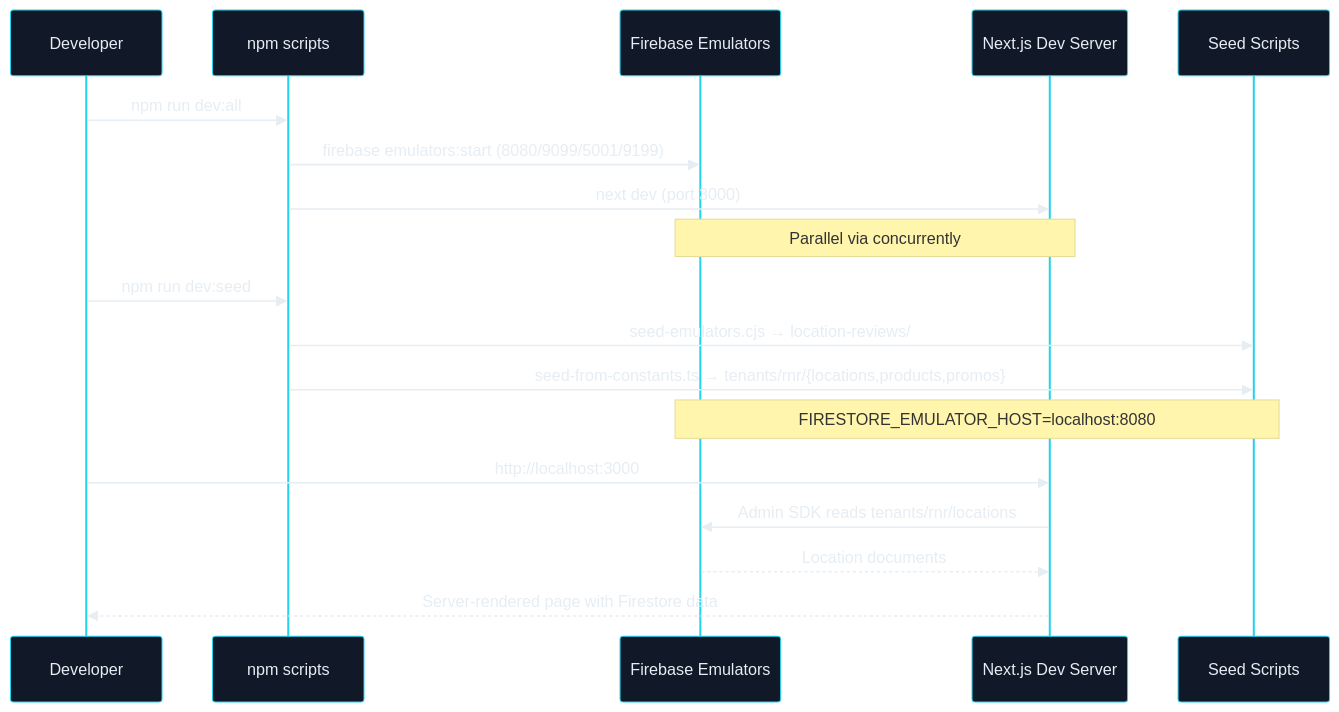
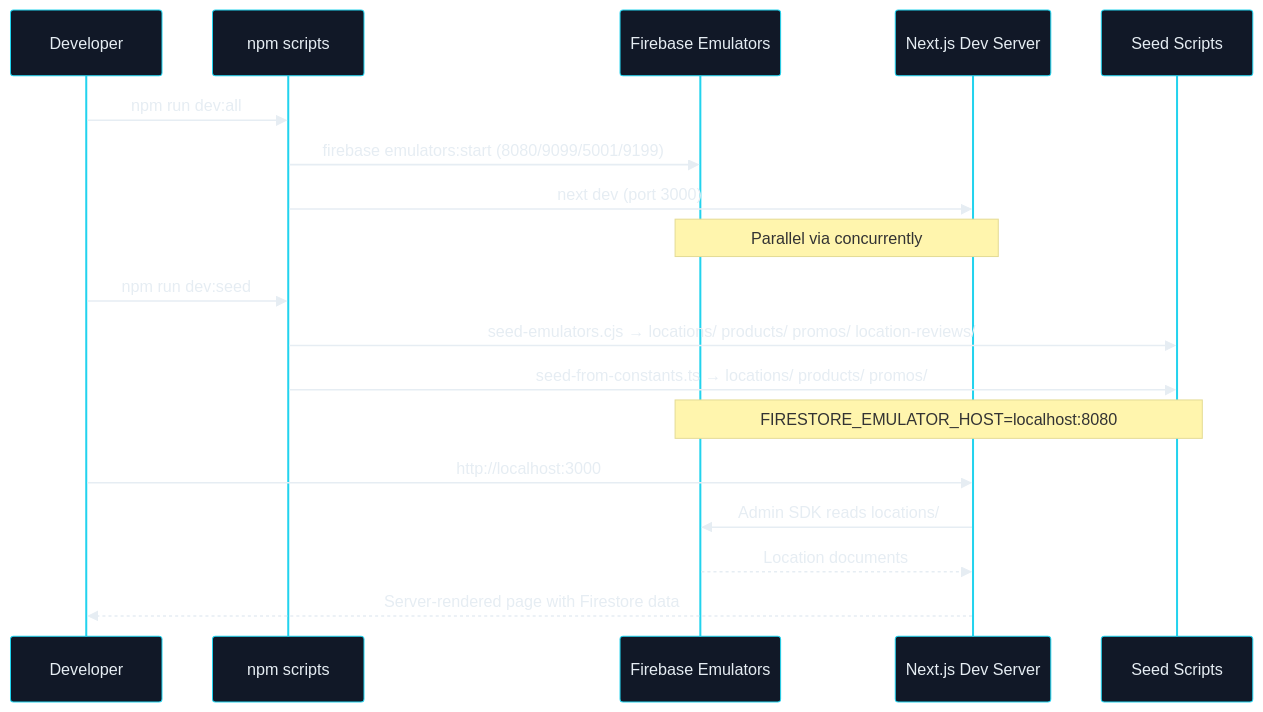
The fourth of 5 diagrams in docs/engineering/architecture.md (brewski-beers/rush-n-relax), drawn with Mermaid before and after one commit. The commit also changed other lines of this file and 47 other files, not shown here.

````diff
--- a/docs/engineering/architecture.md
+++ b/docs/engineering/architecture.md
@@ -203,25 +203,25 @@
 ```mermaid
 %%{init: {'theme': 'base', 'themeVariables': {'background': '#0b0f17', 'primaryColor': '#111827', 'primaryTextColor': '#e6edf3', 'primaryBorderColor': '#22d3ee', 'lineColor': '#94a3b8', 'secondaryColor': '#0f172a', 'tertiaryColor': '#111827', 'clusterBkg': '#0f172a', 'clusterBorder': '#22d3ee', 'fontFamily': 'Avenir Next, Avenir, Segoe UI, sans-serif'}}}%%
 
 sequenceDiagram
     participant Dev as Developer
     participant NPM as npm scripts
     participant Emu as Firebase Emulators
     participant Next as Next.js Dev Server
     participant Seed as Seed Scripts
 
     Dev->>NPM: npm run dev:all
     NPM->>Emu: firebase emulators:start (8080/9099/5001/9199)
     NPM->>Next: next dev (port 3000)
     Note over Emu,Next: Parallel via concurrently
 
     Dev->>NPM: npm run dev:seed
-    NPM->>Seed: seed-emulators.cjs → location-reviews/
-    NPM->>Seed: seed-from-constants.ts → tenants/rnr/{locations,products,promos}
+    NPM->>Seed: seed-emulators.cjs → locations/ products/ promos/ location-reviews/
+    NPM->>Seed: seed-from-constants.ts → locations/ products/ promos/
     Note over Seed,Emu: FIRESTORE_EMULATOR_HOST=localhost:8080
 
     Dev->>Next: http://localhost:3000
-    Next->>Emu: Admin SDK reads tenants/rnr/locations
+    Next->>Emu: Admin SDK reads locations/
     Emu-->>Next: Location documents
     Next-->>Dev: Server-rendered page with Firestore data
 ```
````
